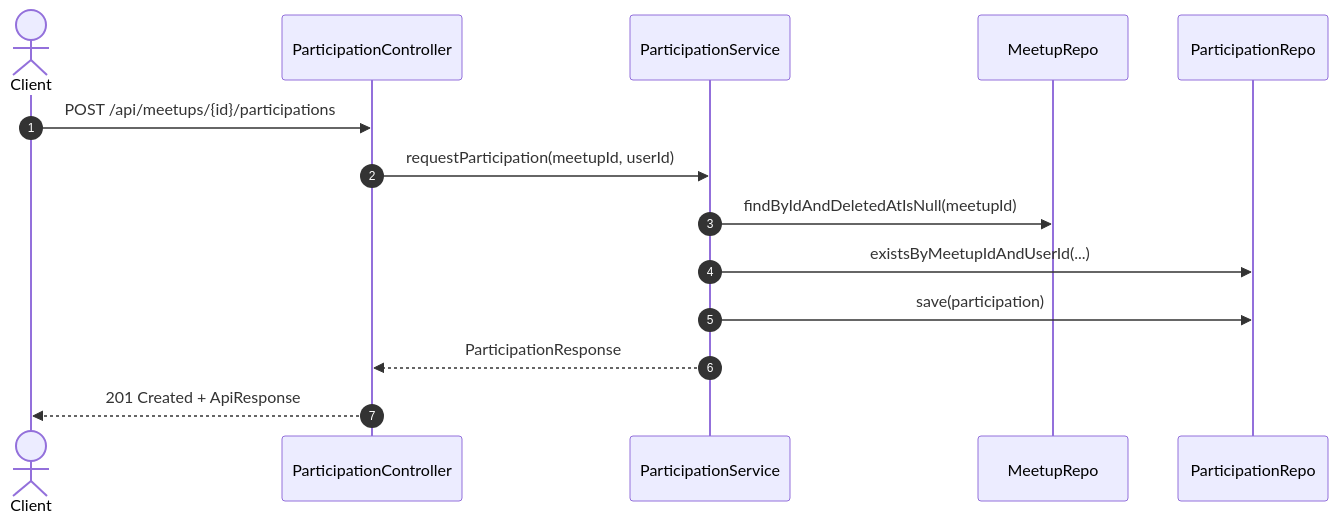
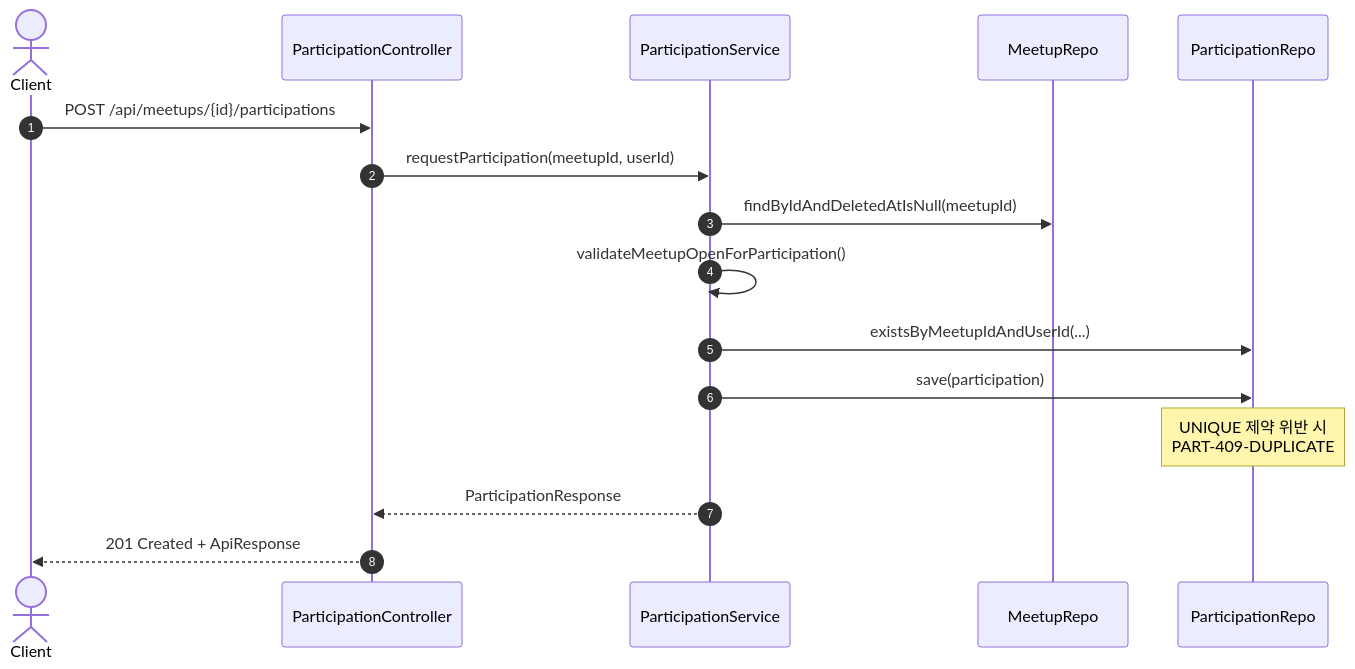
The ninth of 15 diagrams in docs/codebase-guide.md (heygw44/strive), drawn with Mermaid before and after one commit. The commit also changed other lines of this file and 11 other files, not shown here.

````diff
--- a/docs/codebase-guide.md
+++ b/docs/codebase-guide.md
@@ -458,16 +696,18 @@
 ```mermaid
 sequenceDiagram
     autonumber
     actor Client
     participant ParticipationController
     participant ParticipationService
     participant MeetupRepo
     participant ParticipationRepo
     Client->>ParticipationController: POST /api/meetups/{id}/participations
     ParticipationController->>ParticipationService: requestParticipation(meetupId, userId)
     ParticipationService->>MeetupRepo: findByIdAndDeletedAtIsNull(meetupId)
+    ParticipationService->>ParticipationService: validateMeetupOpenForParticipation()
     ParticipationService->>ParticipationRepo: existsByMeetupIdAndUserId(...)
     ParticipationService->>ParticipationRepo: save(participation)
+    Note over ParticipationRepo: UNIQUE 제약 위반 시<br/>PART-409-DUPLICATE
     ParticipationService-->>ParticipationController: ParticipationResponse
     ParticipationController-->>Client: 201 Created + ApiResponse
 ```
````
